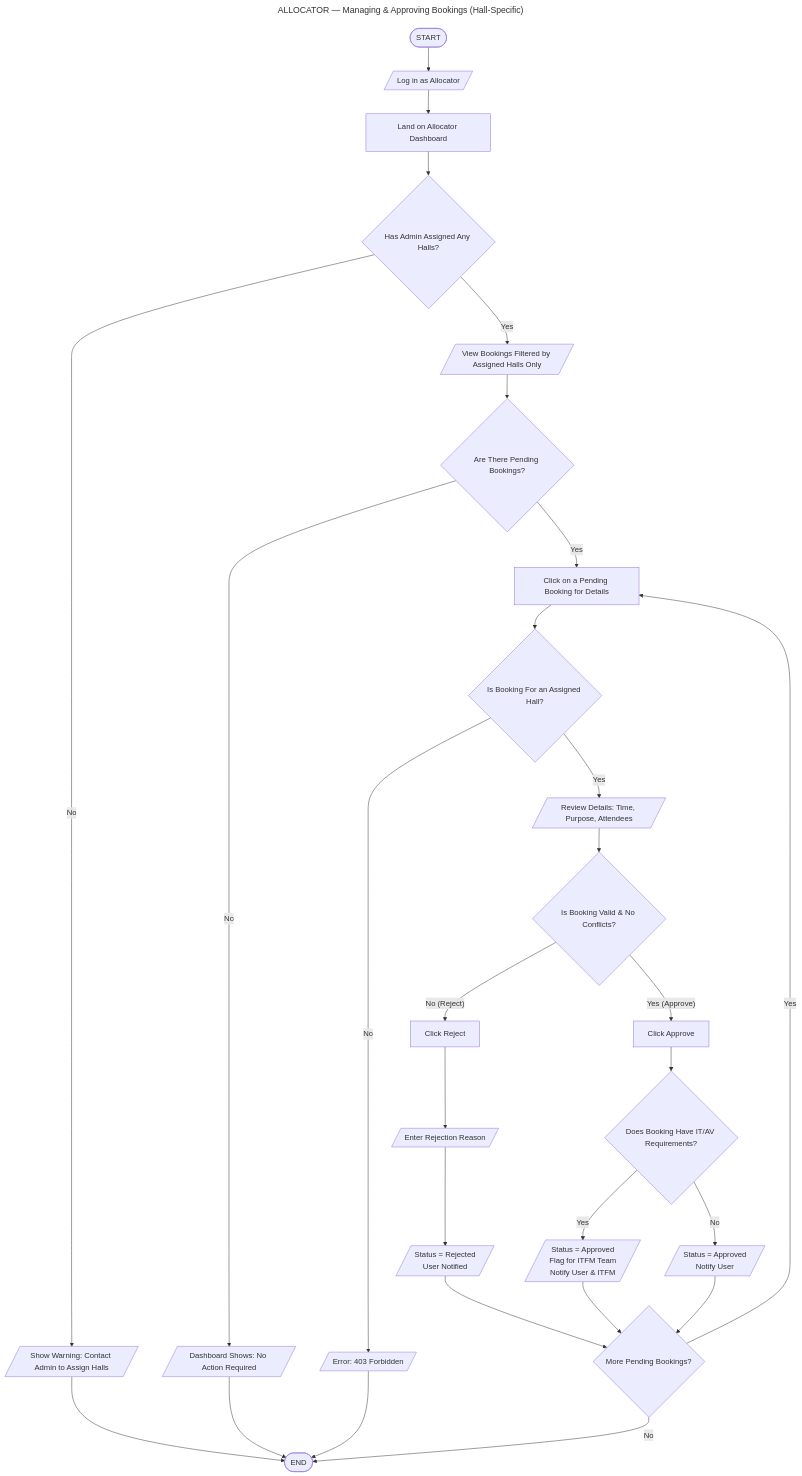
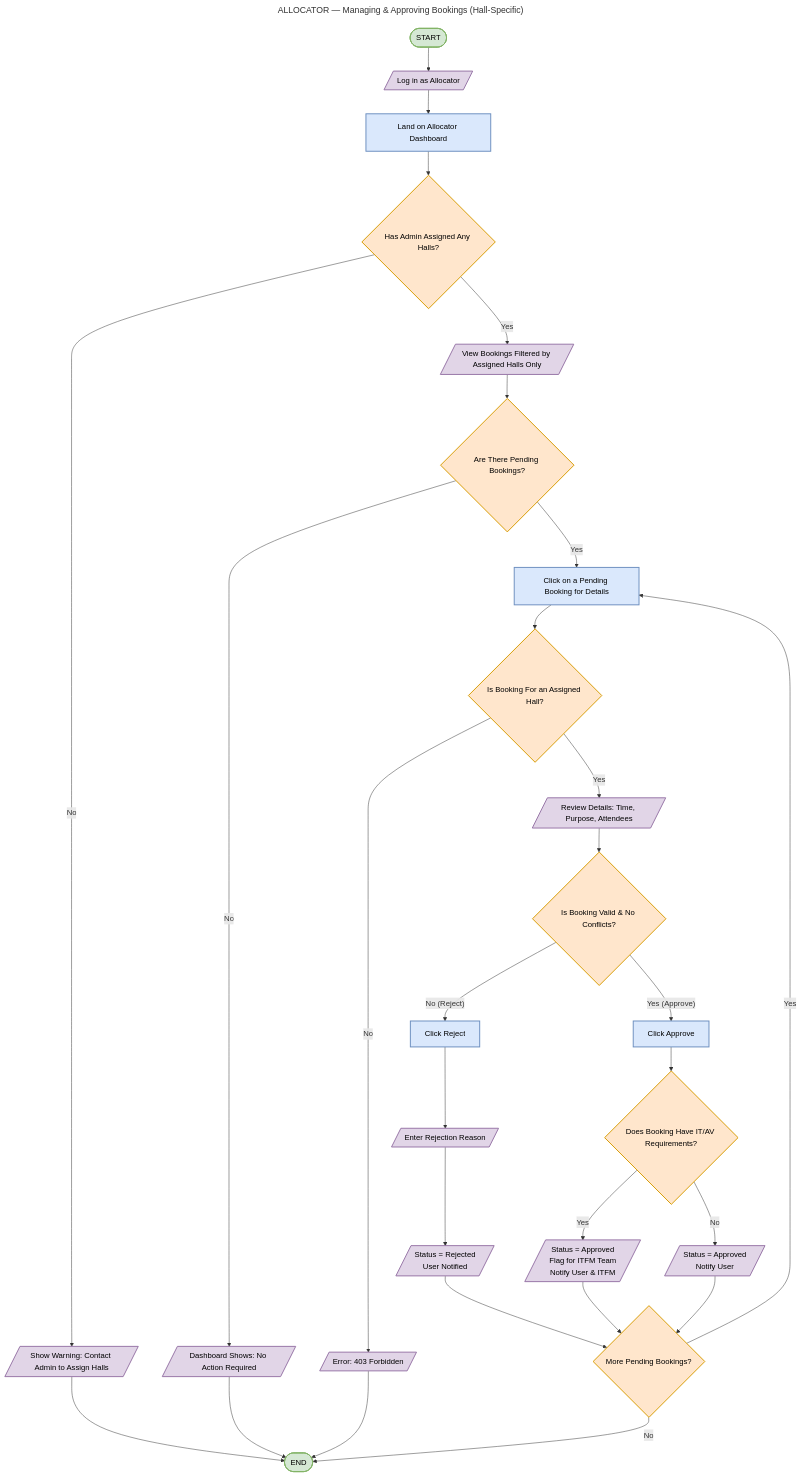
Before and after one commit to Arunav2431/RefineryBookingSystem: the second of 5 diagrams in ROLE_FLOWCHARTS.md, drawn with Mermaid. The commit also changed other lines of this file, not shown here.

Commit message:
docs: Add explicit color coding classes for all Mermaid flowcharts based on shape type

````diff
--- a/ROLE_FLOWCHARTS.md
+++ b/ROLE_FLOWCHARTS.md
@@ -82,43 +92,53 @@
 ```mermaid
 ---
 title: ALLOCATOR — Managing & Approving Bookings (Hall-Specific)
 ---
 flowchart TD
     A([START]) --> B[/Log in as Allocator/]
     B --> C[Land on Allocator Dashboard]
     C --> D{Has Admin Assigned Any Halls?}
 
     D -- No --> E[/Show Warning: Contact Admin to Assign Halls/]
     E --> Z([END])
 
     D -- Yes --> F[/View Bookings Filtered by Assigned Halls Only/]
     F --> G{Are There Pending Bookings?}
 
     G -- No --> H[/Dashboard Shows: No Action Required/]
     H --> Z
 
     G -- Yes --> I[Click on a Pending Booking for Details]
     I --> J{Is Booking For an Assigned Hall?}
     J -- No --> K[/Error: 403 Forbidden/]
     K --> Z
 
     J -- Yes --> L[/Review Details: Time, Purpose, Attendees/]
     L --> M{Is Booking Valid & No Conflicts?}
 
     M -- "No (Reject)" --> N[Click Reject]
     N --> O[/Enter Rejection Reason/]
     O --> P[/Status = Rejected\nUser Notified/]
     P --> Q{More Pending Bookings?}
 
     M -- "Yes (Approve)" --> R[Click Approve]
     R --> S{Does Booking Have IT/AV Requirements?}
 
     S -- Yes --> T[/Status = Approved\nFlag for ITFM Team\nNotify User & ITFM/]
     T --> Q
 
     S -- No --> U[/Status = Approved\nNotify User/]
     U --> Q
 
     Q -- Yes --> I
     Q -- No --> Z
+
+    %% Styling
+    classDef startEnd fill:#d5e8d4,stroke:#82b366,stroke-width:2px,color:#000;
+    classDef process fill:#dae8fc,stroke:#6c8ebf,stroke-width:2px,color:#000;
+    classDef decision fill:#ffe6cc,stroke:#d79b00,stroke-width:2px,color:#000;
+    classDef io fill:#e1d5e7,stroke:#9673a6,stroke-width:2px,color:#000;
+    class A,Z startEnd;
+    class C,I,N,R process;
+    class D,G,J,M,Q,S decision;
+    class B,E,F,H,K,L,O,P,T,U io;
 ```
````
